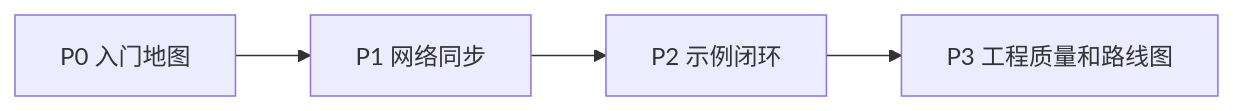
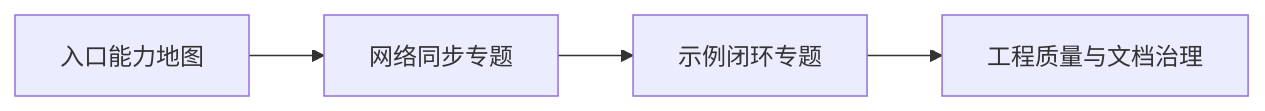
Before and after one commit to Kurumioi/AbilityKit: diagram 15 of 15 in Docs/design/01-OverviewAndGettingStarted/00-AbilityKitCapabilityMap.md, drawn with Mermaid. The commit also changed other lines of this file and 112 other files, not shown here.

````diff
--- a/Docs/design/01-OverviewAndGettingStarted/00-AbilityKitCapabilityMap.md
+++ b/Docs/design/01-OverviewAndGettingStarted/00-AbilityKitCapabilityMap.md
@@ -549,6 +549,6 @@
 ```mermaid
 flowchart LR
-    P0["P0 入门地图"] --> P1["P1 网络同步"]
-    P1 --> P2["P2 示例闭环"]
-    P2 --> P3["P3 工程质量和路线图"]
+    P0["入口能力地图"] --> P1["网络同步专题"]
+    P1 --> P2["示例闭环专题"]
+    P2 --> P3["工程质量与文档治理"]
 ```
````
